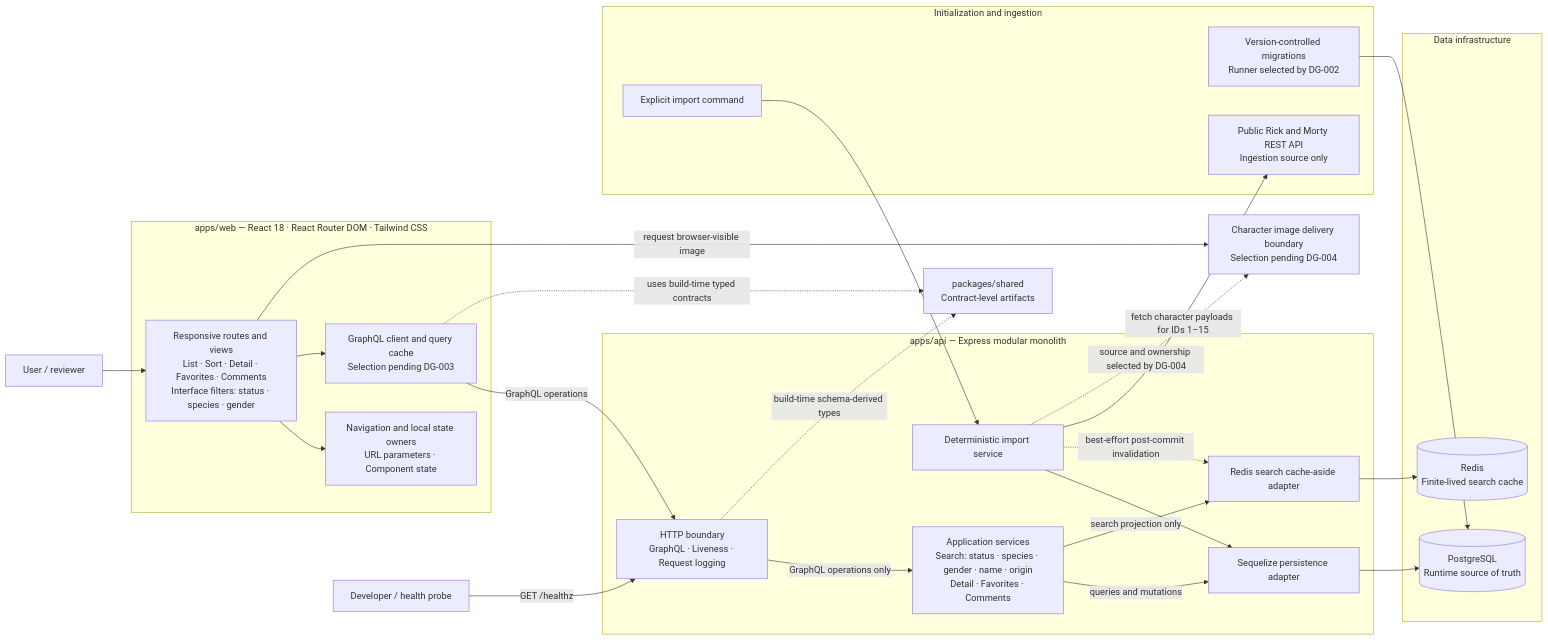
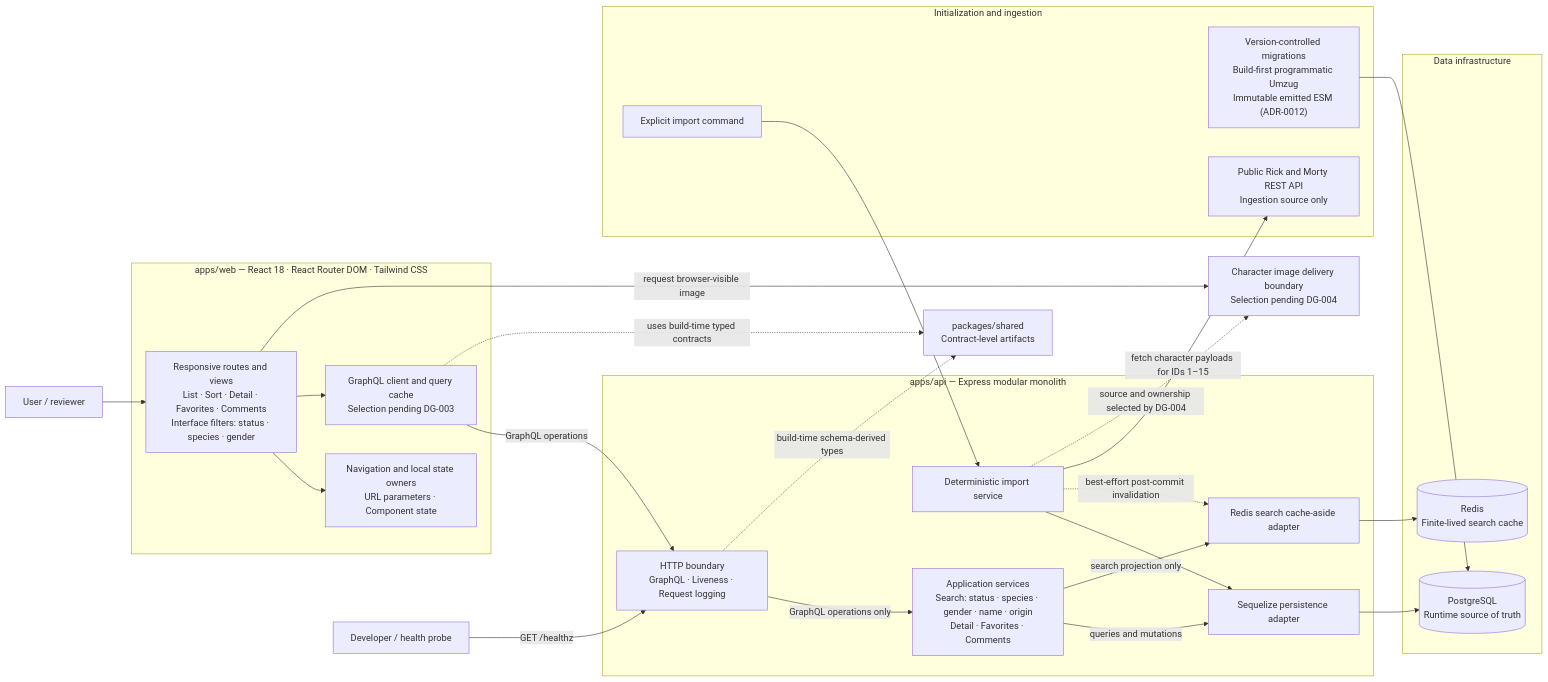
The diagram in docs/SYSTEM_DIAGRAM.md (mmjosedaniel/rick-and-morty-explorer), drawn with Mermaid before and after one commit. The commit also changed other lines of this file and 16 other files, not shown here.

````diff
--- a/docs/SYSTEM_DIAGRAM.md
+++ b/docs/SYSTEM_DIAGRAM.md
@@ -15,56 +15,56 @@
 ```mermaid
 flowchart LR
     USER["User / reviewer"]
     OPERATOR["Developer / health probe"]
 
     subgraph WEB["apps/web — React 18 · React Router DOM · Tailwind CSS"]
         UI["Responsive routes and views<br/>List · Sort · Detail · Favorites · Comments<br/>Interface filters: status · species · gender"]
         STATE["Navigation and local state owners<br/>URL parameters · Component state"]
         CLIENT["GraphQL client and query cache<br/>Selection pending DG-003"]
 
         UI --> STATE
         UI --> CLIENT
     end
 
     SHARED["packages/shared<br/>Contract-level artifacts"]
     IMAGE_BOUNDARY["Character image delivery boundary<br/>Selection pending DG-004"]
 
     subgraph API["apps/api — Express modular monolith"]
         HTTP["HTTP boundary<br/>GraphQL · Liveness · Request logging"]
         SERVICES["Application services<br/>Search: status · species · gender · name · origin<br/>Detail · Favorites · Comments"]
         PERSISTENCE["Sequelize persistence adapter"]
         CACHE["Redis search cache-aside adapter"]
         IMPORTER["Deterministic import service"]
 
         HTTP -->|"GraphQL operations only"| SERVICES
         SERVICES -->|"queries and mutations"| PERSISTENCE
         SERVICES -->|"search projection only"| CACHE
         IMPORTER --> PERSISTENCE
         IMPORTER -. "best-effort post-commit invalidation" .-> CACHE
     end
 
     subgraph DATA["Data infrastructure"]
         POSTGRES[("PostgreSQL<br/>Runtime source of truth")]
         REDIS[("Redis<br/>Finite-lived search cache")]
     end
 
     subgraph SETUP["Initialization and ingestion"]
-        MIGRATIONS["Version-controlled migrations<br/>Runner selected by DG-002"]
+        MIGRATIONS["Version-controlled migrations<br/>Build-first programmatic Umzug<br/>Immutable emitted ESM (ADR-0012)"]
         IMPORT_COMMAND["Explicit import command"]
         PUBLIC_API["Public Rick and Morty REST API<br/>Ingestion source only"]
     end
 
     USER --> UI
     OPERATOR -->|"GET /healthz"| HTTP
     CLIENT -->|"GraphQL operations"| HTTP
     HTTP -. "build-time schema-derived types" .-> SHARED
     CLIENT -. "uses build-time typed contracts" .-> SHARED
     UI -->|"request browser-visible image"| IMAGE_BOUNDARY
 
     PERSISTENCE --> POSTGRES
     CACHE --> REDIS
     MIGRATIONS --> POSTGRES
     IMPORT_COMMAND --> IMPORTER
     IMPORTER -->|"fetch character payloads for IDs 1–15"| PUBLIC_API
     IMPORTER -. "source and ownership selected by DG-004" .-> IMAGE_BOUNDARY
 ```
````
